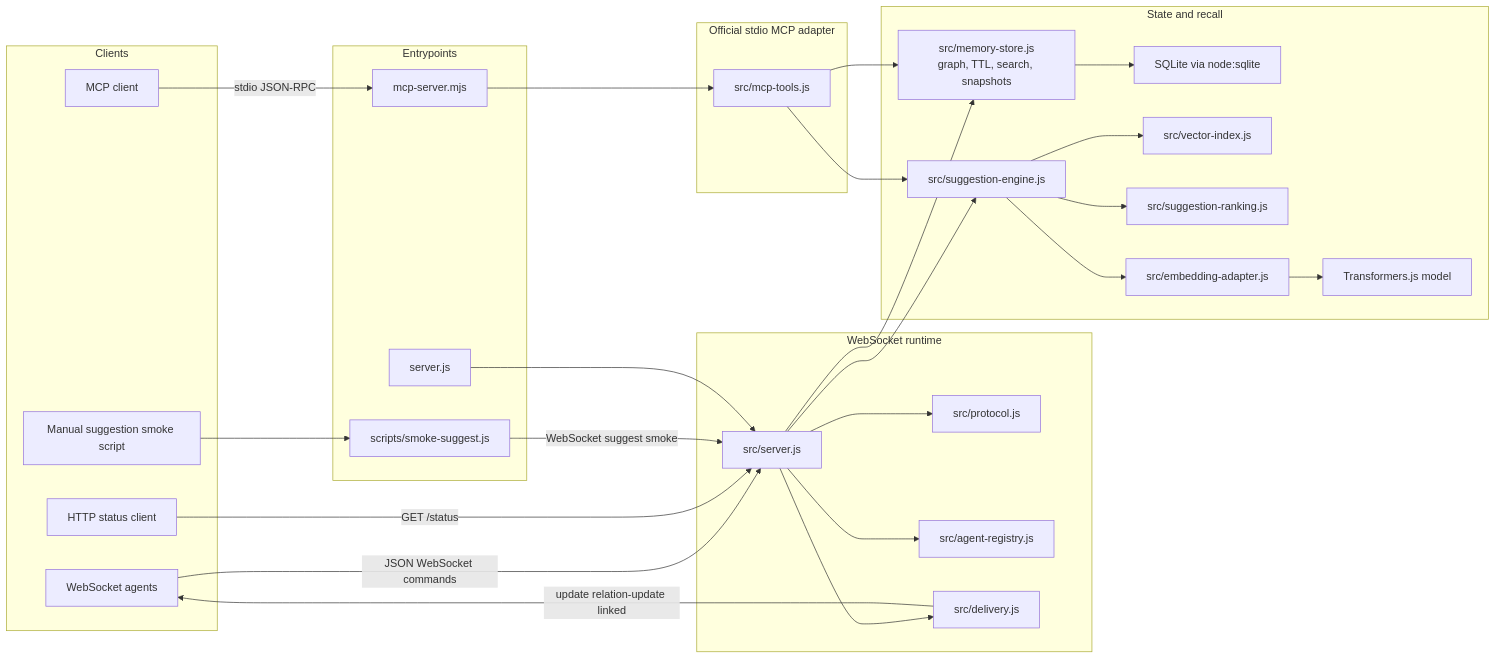
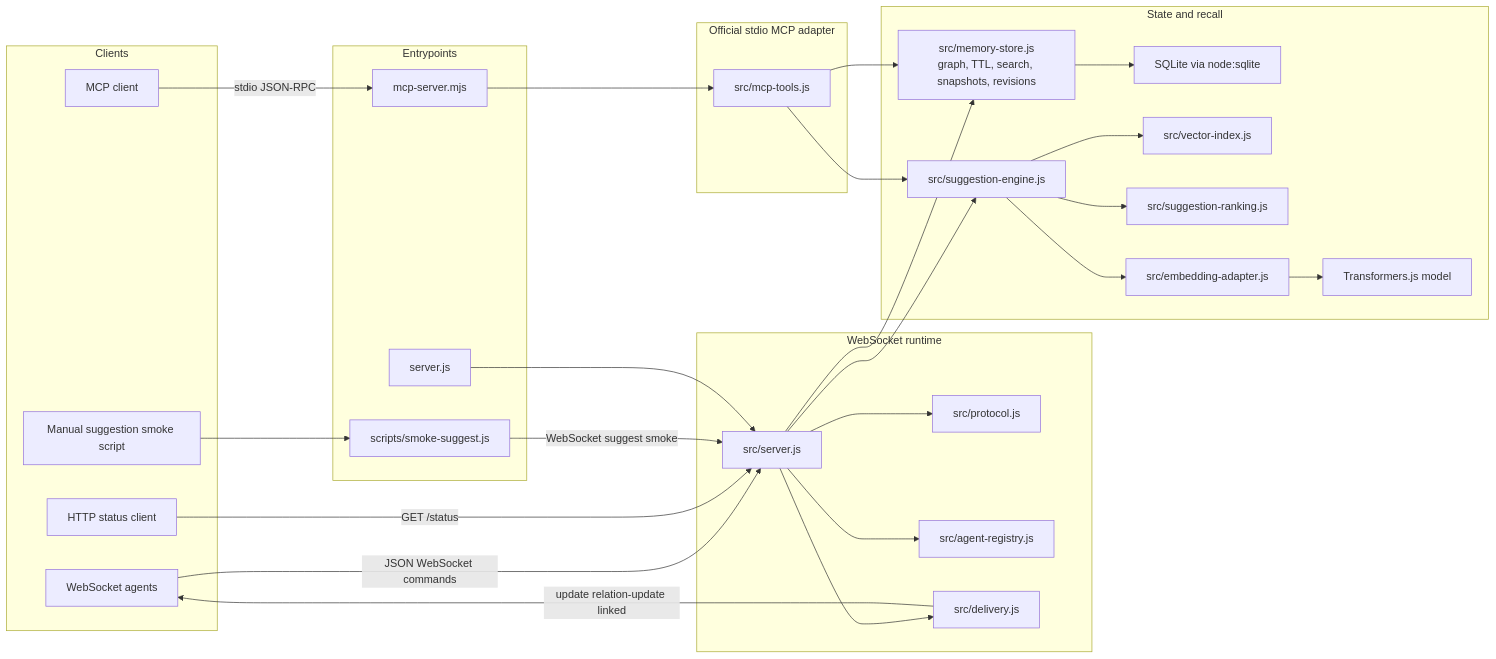
One commit to pruthuraj/sharedMemory changed the first of 9 diagrams in docs/system_diagram.md. Above: the diagram before and after it, drawn with Mermaid. The commit also changed other lines of this file and 13 other files, not shown here.

````diff
--- a/docs/system_diagram.md
+++ b/docs/system_diagram.md
@@ -5,60 +5,60 @@
 ```mermaid
 flowchart LR
     subgraph Clients["Clients"]
         WSAgents["WebSocket agents"]
         HTTPClient["HTTP status client"]
         MCPClient["MCP client"]
         SmokeClient["Manual suggestion smoke script"]
     end
 
     subgraph Entrypoints["Entrypoints"]
         RootServer["server.js"]
         MCPServer["mcp-server.mjs"]
         SmokeScript["scripts/smoke-suggest.js"]
     end
 
     subgraph WebSocketRuntime["WebSocket runtime"]
         SharedServer["src/server.js"]
         Protocol["src/protocol.js"]
         Registry["src/agent-registry.js"]
         Delivery["src/delivery.js"]
     end
 
     subgraph StateLayer["State and recall"]
-        MemoryStore["src/memory-store.js<br/>graph, TTL, search, snapshots"]
+        MemoryStore["src/memory-store.js<br/>graph, TTL, search, snapshots, revisions"]
         SQLite["SQLite via node:sqlite"]
         SuggestionEngine["src/suggestion-engine.js"]
         VectorIndex["src/vector-index.js"]
         Ranking["src/suggestion-ranking.js"]
         Embedder["src/embedding-adapter.js"]
         HFModel["Transformers.js model"]
     end
 
     subgraph MCPAdapter["Official stdio MCP adapter"]
         MCPTools["src/mcp-tools.js"]
     end
 
     WSAgents -->|"JSON WebSocket commands"| SharedServer
     HTTPClient -->|"GET /status"| SharedServer
     SmokeClient --> SmokeScript
     SmokeScript -->|"WebSocket suggest smoke"| SharedServer
     RootServer --> SharedServer
 
     SharedServer --> Protocol
     SharedServer --> Registry
     SharedServer --> MemoryStore
     SharedServer --> SuggestionEngine
     SharedServer --> Delivery
     Delivery -->|"update relation-update linked"| WSAgents
 
     MCPClient -->|"stdio JSON-RPC"| MCPServer
     MCPServer --> MCPTools
     MCPTools --> MemoryStore
     MCPTools --> SuggestionEngine
 
     MemoryStore --> SQLite
     SuggestionEngine --> VectorIndex
     SuggestionEngine --> Ranking
     SuggestionEngine --> Embedder
     Embedder --> HFModel
 ```
````
